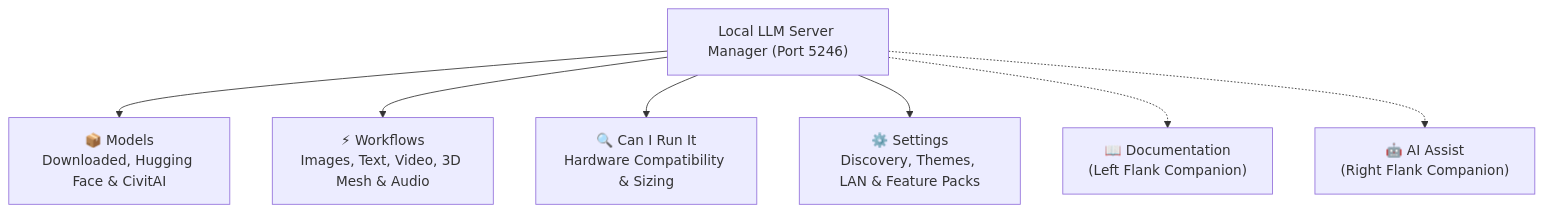
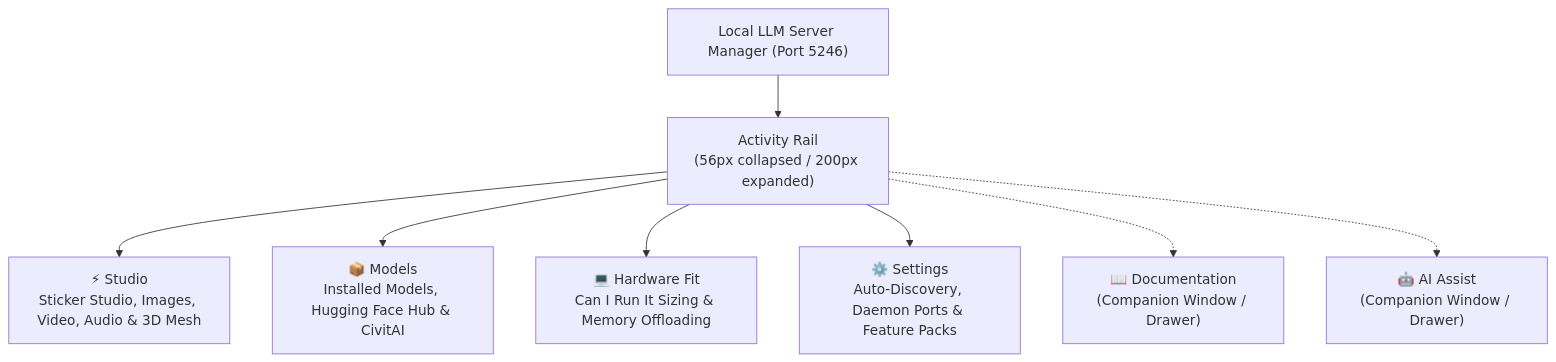
The first of 2 diagrams in docs/USER_GUIDE.md (spelech/LocalLLMServerManager), drawn with Mermaid before and after one commit. The commit also changed other lines of this file and 40 other files, not shown here.

First line of the commit message:
feat: live engine sticker studio, VitePress guide, and v3.17.0 release (#88)

````diff
--- a/docs/USER_GUIDE.md
+++ b/docs/USER_GUIDE.md
@@ -11,10 +11,11 @@
 ```mermaid
 flowchart TD
     App["Local LLM Server Manager (Port 5246)"]
-    App --> Tab1["📦 Models\nDownloaded, Hugging Face & CivitAI"]
-    App --> Tab2["⚡ Workflows\nImages, Text, Video, 3D Mesh & Audio"]
-    App --> Tab3["🔍 Can I Run It\nHardware Compatibility & Sizing"]
-    App --> Tab4["⚙️ Settings\nDiscovery, Themes, LAN & Feature Packs"]
-    App -.-> CompL["📖 Documentation\n(Left Flank Companion)"]
-    App -.-> CompR["🤖 AI Assist\n(Right Flank Companion)"]
+    App --> Rail["Activity Rail\n(56px collapsed / 200px expanded)"]
+    Rail --> Dom1["⚡ Studio\nSticker Studio, Images, Video, Audio & 3D Mesh"]
+    Rail --> Dom2["📦 Models\nInstalled Models, Hugging Face Hub & CivitAI"]
+    Rail --> Dom3["💻 Hardware Fit\nCan I Run It Sizing & Memory Offloading"]
+    Rail --> Dom4["⚙️ Settings\nAuto-Discovery, Daemon Ports & Feature Packs"]
+    Rail -.-> CompL["📖 Documentation\n(Companion Window / Drawer)"]
+    Rail -.-> CompR["🤖 AI Assist\n(Companion Window / Drawer)"]
 ```
````
